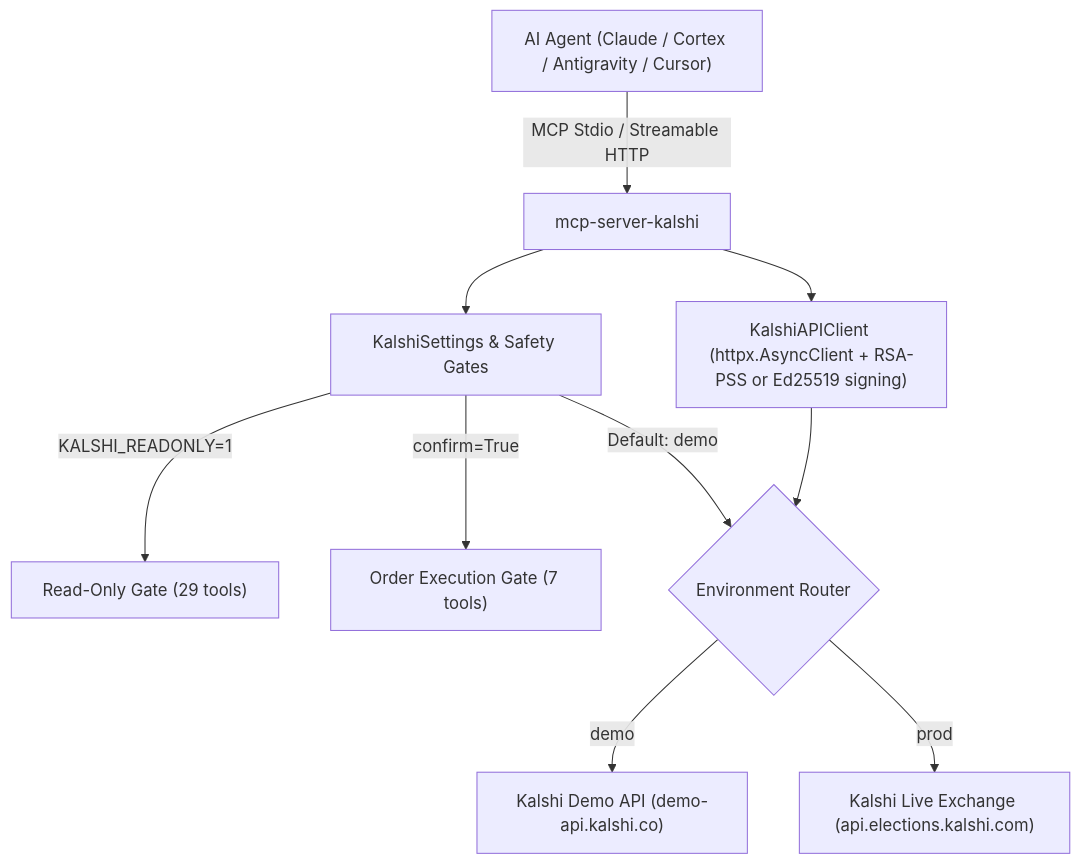
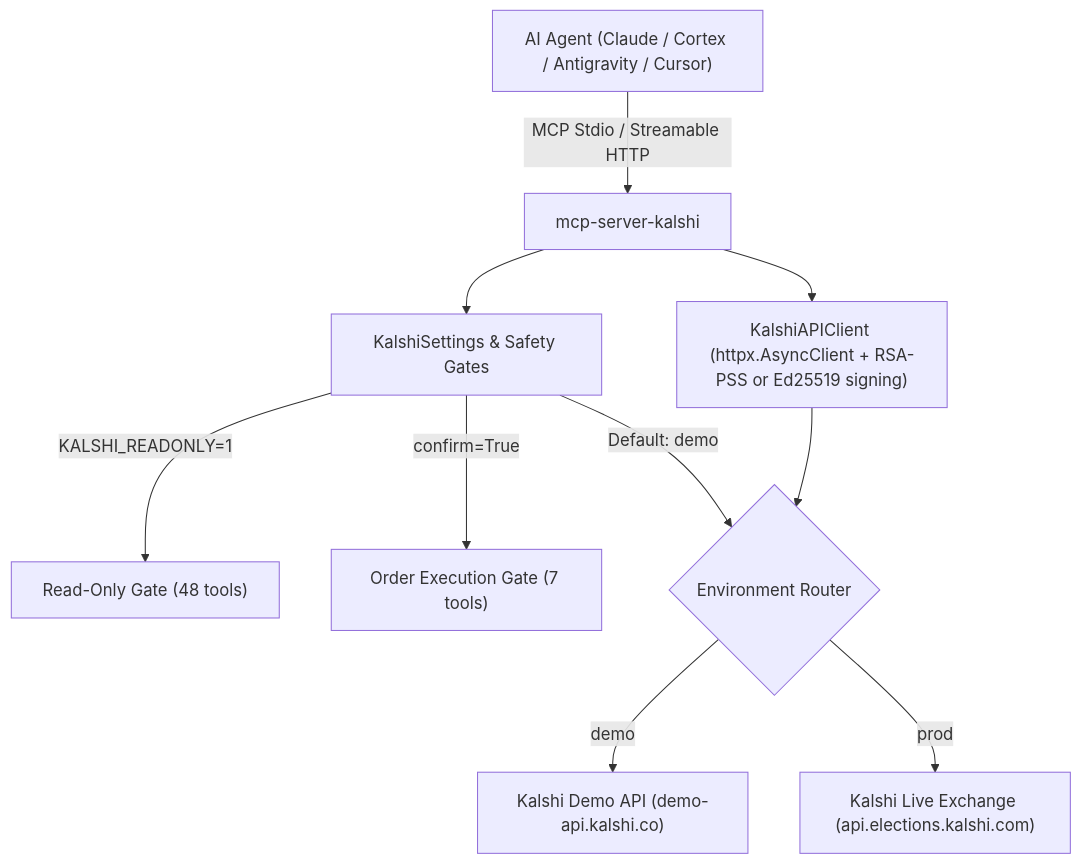
One commit to christianclaudio/mcp-server-kalshi changed the diagram in README.md. Above: the diagram before and after it, drawn with Mermaid. The commit also changed other lines of this file and 14 other files, not shown here.

````diff
--- a/README.md
+++ b/README.md
@@ -11,12 +11,12 @@
 ```mermaid
 graph TD
     Client["AI Agent (Claude / Cortex / Antigravity / Cursor)"] -->|"MCP Stdio / Streamable HTTP"| Server["mcp-server-kalshi"]
     Server --> Config["KalshiSettings & Safety Gates"]
-    Config -->|"KALSHI_READONLY=1"| RO["Read-Only Gate (29 tools)"]
+    Config -->|"KALSHI_READONLY=1"| RO["Read-Only Gate (48 tools)"]
     Config -->|"confirm=True"| Mutating["Order Execution Gate (7 tools)"]
     Config -->|"Default: demo"| EnvSelect{"Environment Router"}
     EnvSelect -->|"demo"| DemoAPI["Kalshi Demo API (demo-api.kalshi.co)"]
     EnvSelect -->|"prod"| ProdAPI["Kalshi Live Exchange (api.elections.kalshi.com)"]
     Server --> ClientPool["KalshiAPIClient (httpx.AsyncClient + RSA-PSS or Ed25519 signing)"]
     ClientPool --> EnvSelect
 ```
````
